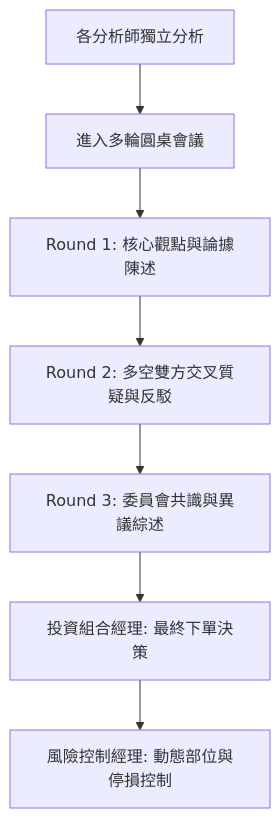
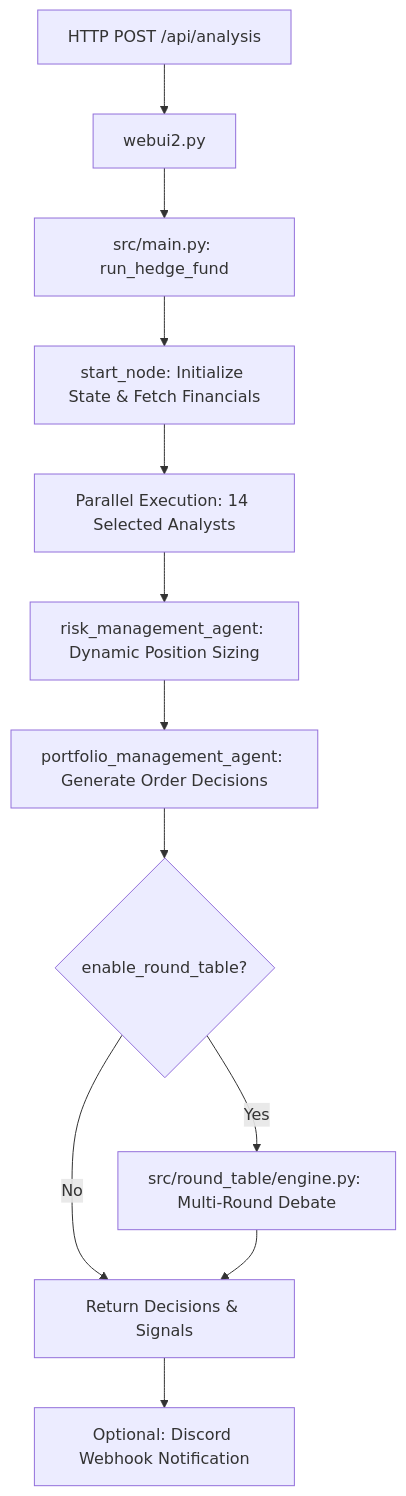
One commit to tbdavid2019/ai-hedge-fund-API changed the diagram in AGENTS.md. Above: the diagram before and after it, drawn with Mermaid. The commit also changed other lines of this file and 2 other files, not shown here.

Commit message:
重寫 AGENTS.md 為 AI Coding Agent 架構指南，並將投資分析師指南獨立為 ANALYSTS.md

````diff
--- a/AGENTS.md
+++ b/AGENTS.md
@@ -172,9 +74,14 @@
 ```mermaid
 graph TD
-    A[各分析師獨立分析] --> B[進入多輪圓桌會議]
-    B --> C[Round 1: 核心觀點與論據陳述]
-    C --> D[Round 2: 多空雙方交叉質疑與反駁]
-    D --> E[Round 3: 委員會共識與異議綜述]
-    E --> F[投資組合經理: 最終下單決策]
-    F --> G[風險控制經理: 動態部位與停損控制]
+    UserReq[HTTP POST /api/analysis] --> Flask[webui2.py]
+    Flask --> Workflow[src/main.py: run_hedge_fund]
+    Workflow --> StartNode[start_node: Initialize State & Fetch Financials]
+    StartNode --> ParallelAnalysts[Parallel Execution: 14 Selected Analysts]
+    ParallelAnalysts --> RiskMgr[risk_management_agent: Dynamic Position Sizing]
+    RiskMgr --> PortMgr[portfolio_management_agent: Generate Order Decisions]
+    PortMgr --> RoundTableCheck{enable_round_table?}
+    RoundTableCheck -->|Yes| RTEngine[src/round_table/engine.py: Multi-Round Debate]
+    RoundTableCheck -->|No| FinalResult[Return Decisions & Signals]
+    RTEngine --> FinalResult
+    FinalResult --> Discord[Optional: Discord Webhook Notification]
 ```
````
